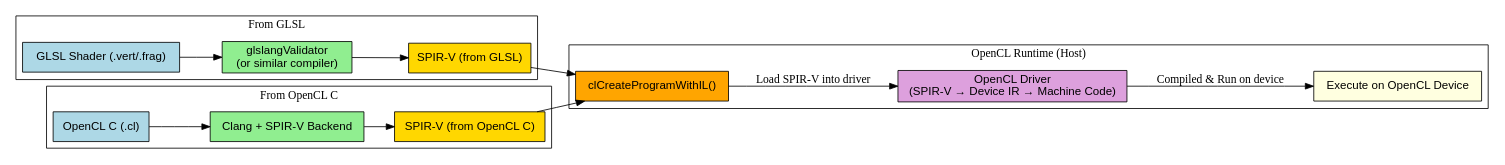
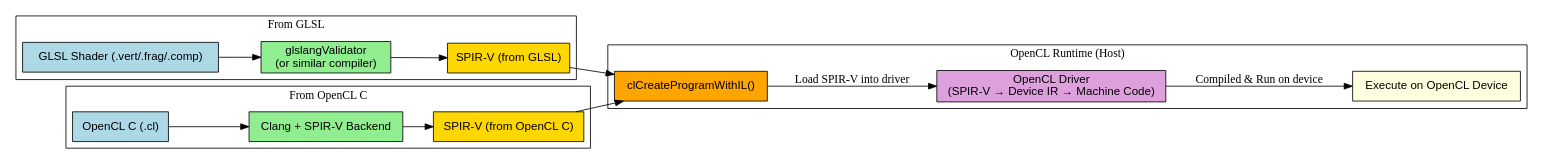
One commit to Jonathan2251/lbd changed the diagram in Fig/gpu/spirv-deploy.gv. Above: the diagram before and after it, drawn with Graphviz. The commit also changed 1 other file, not shown here.

```diff
--- a/Fig/gpu/spirv-deploy.gv
+++ b/Fig/gpu/spirv-deploy.gv
@@ -1,34 +1,34 @@
 digraph SPIRV_Deployment {
     rankdir=LR;
     node [shape=box, style=filled, fillcolor=lightgray, fontname="Helvetica"];
 
     subgraph cluster_glsl {
         label = "From GLSL";
-        glsl_src [label="GLSL Shader (.vert/.frag)", fillcolor=lightblue];
+        glsl_src [label="GLSL Shader (.vert/.frag/.comp)", fillcolor=lightblue];
         glsl_compiler [label="glslangValidator\n(or similar compiler)", fillcolor=lightgreen];
         spirv_glsl [label="SPIR-V (from GLSL)", fillcolor=gold];
         glsl_src -> glsl_compiler -> spirv_glsl;
     }
 
     subgraph cluster_opencl {
         label = "From OpenCL C";
         opencl_src [label="OpenCL C (.cl)", fillcolor=lightblue];
         clang_spirv [label="Clang + SPIR-V Backend", fillcolor=lightgreen];
         spirv_opencl [label="SPIR-V (from OpenCL C)", fillcolor=gold];
         opencl_src -> clang_spirv -> spirv_opencl;
     }
 
     subgraph cluster_opencl_runtime {
         label = "OpenCL Runtime (Host)";
         spirv_loader [label="clCreateProgramWithIL()", fillcolor=orange];
         spirv_glsl -> spirv_loader;
         spirv_opencl -> spirv_loader;
         spirv_loader -> device_driver [label="Load SPIR-V into driver"];
         device_driver [label="OpenCL Driver\n(SPIR-V → Device IR → Machine Code)", fillcolor=plum];
         device_driver -> execution [label="Compiled & Run on device"];
         execution [label="Execute on OpenCL Device", fillcolor=lightyellow];
     }
 
     // Styling
     edge [fontname="Helvetica"];
 }
```
